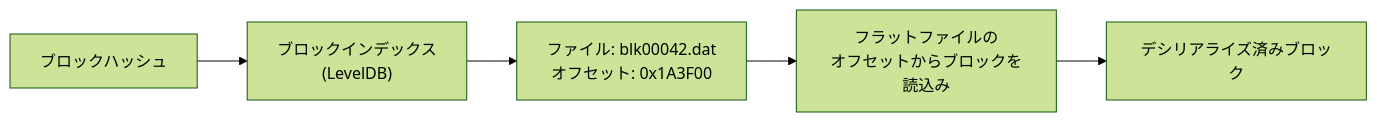
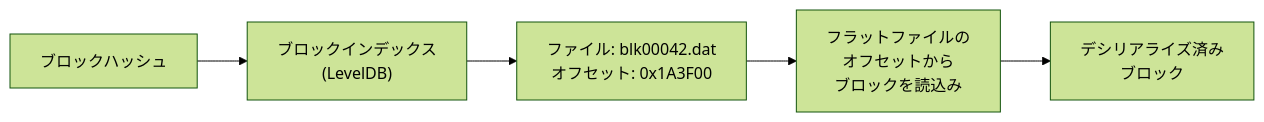
One commit to cypher256/BitcoinArchive changed the fourth of 7 diagrams in src/data/translations/ja/design/2009-01-03-bitcoin-storage-design.md. Above: the diagram before and after it, drawn with Mermaid (forest theme). The commit also changed other lines of this file and 11 other files, not shown here.

First line of the commit message:
JA Mermaid labels: wrap long CJK labels (mermaid-ja-wrap, 12 design docs)

````diff
--- a/src/data/translations/ja/design/2009-01-03-bitcoin-storage-design.md
+++ b/src/data/translations/ja/design/2009-01-03-bitcoin-storage-design.md
@@ -181,7 +181,7 @@
 ```mermaid
 flowchart LR
     HASH["ブロックハッシュ"] --> IDX["ブロックインデックス<br/>(LevelDB)"]
     IDX --> POS["ファイル: blk00042.dat<br/>オフセット: 0x1A3F00"]
-    POS --> READ["フラットファイルの<br/>オフセットからブロックを読込み"]
-    READ --> BLOCK["デシリアライズ済みブロック"]
+    POS --> READ["フラットファイルの<br/>オフセットから<br/>ブロックを読込み"]
+    READ --> BLOCK["デシリアライズ済み<br/>ブロック"]
 ```
````
